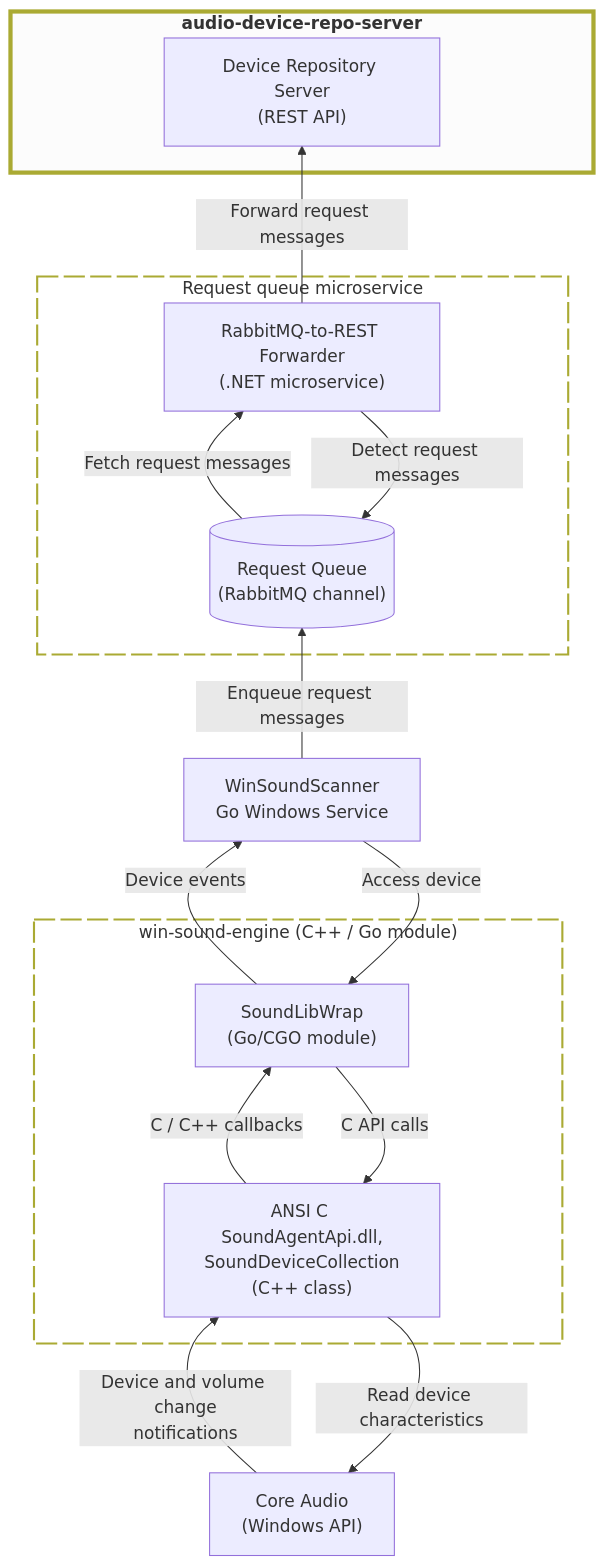
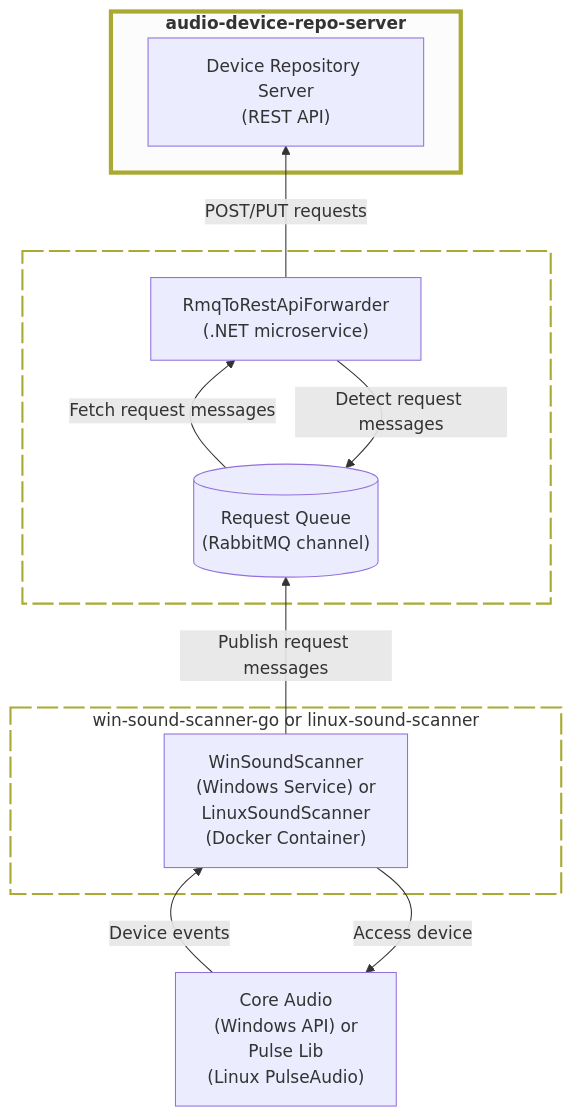
Before and after one commit to collect-sound-devices/audio-device-repo-server: the diagram in README.md, drawn with Mermaid.

Commit message:
Update README with scanner service and repo server details

````diff
--- a/README.md
+++ b/README.md
@@ -9,52 +9,43 @@
 ```mermaid
 flowchart BT
 
 classDef dottedBox fill:transparent,fill-opacity:0.55, stroke-dasharray:20 5,stroke-width:2px;
 classDef stressedBox fill:#f0f0f0,fill-opacity:0.2,stroke-width:4px;
 classDef invisibleNode fill:transparent,stroke:transparent;
 
-coreAudioApi["Core Audio<br>(Windows API)"]
+coreAudioApi["Core Audio<br>(Windows API) or<br>Pulse Lib<br>(Linux PulseAudio)"]
 
-subgraph scannerBackend["win-sound-engine (C++ / Go module)"]
-  invisible3["<br><br><br><br><br>"]
-  class invisible3 invisibleNode
-  goCgoWrapper["SoundLibWrap<br>(Go/CGO module)"]
-  soundAgentApiDll["ANSI C SoundAgentApi.dll,<br>SoundDeviceCollection<br>(C++ class)"]
-  invisible4["<br><br><br><br><br>"]
-  class invisible4 invisibleNode
+subgraph scannerService["win-sound-scanner-go or linux-sound-scanner"]
+    invisible1["<br><br><br><br><br>"]
+    class invisible1 invisibleNode
+    winSoundScannerService["WinSoundScanner<br>(Windows Service) or<br>LinuxSoundScanner<br>(Docker Container)"]
+    invisible2["<br><br><br><br><br>"]
+    class invisible2 invisibleNode
 end
-class scannerBackend dottedBox
+class scannerService dottedBox
 
-coreAudioApi -->|Device and volume change<br>notifications| soundAgentApiDll
-soundAgentApiDll --> |Read device characteristics| coreAudioApi
-
-winSoundScannerService["WinSoundScanner<br>Go Windows Service"]
-
-
-subgraph requestQueueMicroservice["Request queue microservice"]
-  requestQueue[("Request Queue<br>(RabbitMQ channel)")]
-  rabbitMqRestForwarder["RabbitMQ-to-REST Forwarder<br>(.NET microservice)"]
+subgraph requestQueueMicroservice["<br>"]
+    requestQueue[("Request Queue<br>(RabbitMQ channel)")]
+    rabbitMqRestForwarder["RmqToRestApiForwarder<br>(.NET microservice)"]
 end
 class requestQueueMicroservice dottedBox
 
-subgraph scannerService["<b>audio-device-repo-server </b>"]
+subgraph repoServer["<b>audio-device-repo-server</b>"]
   invisible1["<br><br><br>"]
   class invisible1 invisibleNode
   deviceRepositoryApi["Device Repository Server<br>(REST API)"]
   invisible2["<br><br><br>"]
   class invisible2 invisibleNode
 end
-class scannerService stressedBox
+class repoServer stressedBox
 
-winSoundScannerService --> |Access device| goCgoWrapper
-goCgoWrapper -->|Device events| winSoundScannerService
+winSoundScannerService --> |Access device| coreAudioApi
+coreAudioApi -->|Device events| winSoundScannerService
 
-goCgoWrapper --> |C API calls| soundAgentApiDll
-soundAgentApiDll -->|C / C++ callbacks| goCgoWrapper
-
-winSoundScannerService -->|Enqueue request messages| requestQueue
+winSoundScannerService -->|Publish request messages| requestQueue
 
 requestQueue -->|Fetch request messages| rabbitMqRestForwarder
 rabbitMqRestForwarder --> |Detect request messages| requestQueue
-rabbitMqRestForwarder -->|Forward request messages| deviceRepositoryApi
+rabbitMqRestForwarder -->|POST/PUT requests| deviceRepositoryApi
+
 ```
````
